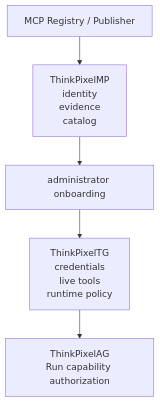
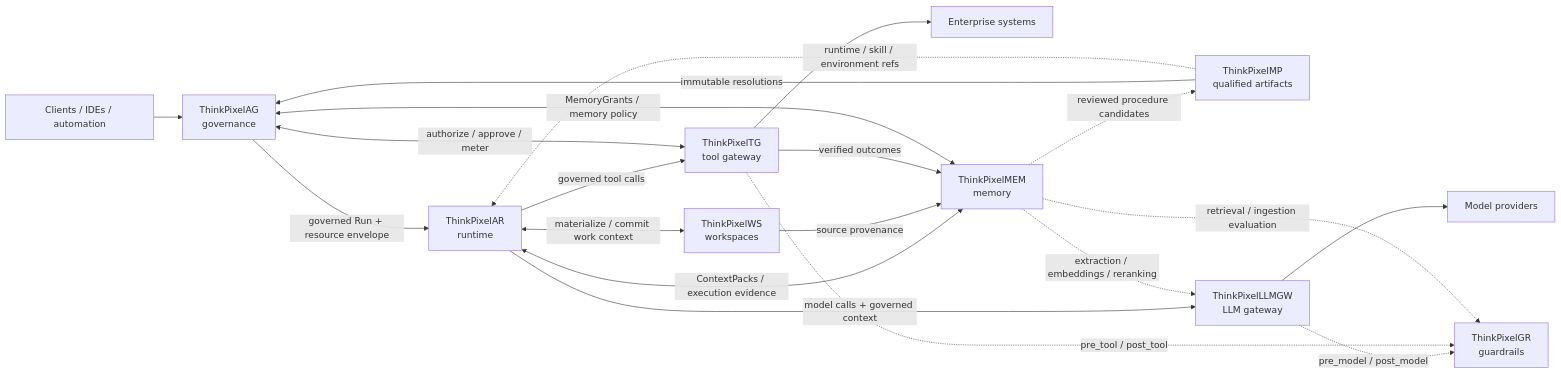
Before and after one commit to bdobrica/ThinkPixelMP: the diagram in README.md, drawn with Mermaid. The commit also changed other lines of this file and 6 other files, not shown here.

Commit message:
Docs: align repository with ThinkPixel platform

````diff
--- a/README.md
+++ b/README.md
@@ -1076,7 +71,27 @@
 ```mermaid
-flowchart TB
-    MCP[MCP Registry / Publisher] --> MP["ThinkPixelMP<br/>identity<br/>evidence<br/>catalog"]
-    MP --> ADMIN[administrator onboarding]
-    ADMIN --> TG["ThinkPixelTG<br/>credentials<br/>live tools<br/>runtime policy"]
-    TG --> AG["ThinkPixelAG<br/>Run capability authorization"]
+flowchart LR
+    C[Clients / IDEs / automation] --> AG[ThinkPixelAG<br/>governance]
+    AG -->|governed Run + resource envelope| AR[ThinkPixelAR<br/>runtime]
+
+    MP[ThinkPixelMP<br/>qualified artifacts] -->|immutable resolutions| AG
+    MP -.->|runtime / skill / environment refs| AR
+
+    AR <-->|materialize / commit work context| WS[ThinkPixelWS<br/>workspaces]
+
+    AR -->|model calls + governed context| LLMGW[ThinkPixelLLMGW<br/>LLM gateway]
+    LLMGW --> MODEL[Model providers]
+    LLMGW -.->|pre_model / post_model| GR[ThinkPixelGR<br/>guardrails]
+
+    AR -->|governed tool calls| TG[ThinkPixelTG<br/>tool gateway]
+    TG --> SYS[Enterprise systems]
+    TG <-->|authorize / approve / meter| AG
+    TG -.->|pre_tool / post_tool| GR
+
+    AR <-->|ContextPacks / execution evidence| MEM[ThinkPixelMEM<br/>memory]
+    WS -->|source provenance| MEM
+    TG -->|verified outcomes| MEM
+    MEM <-->|MemoryGrants / memory policy| AG
+    MEM -.->|extraction / embeddings / reranking| LLMGW
+    MEM -.->|retrieval / ingestion evaluation| GR
+    MEM -.->|reviewed procedure candidates| MP
 ```
````
